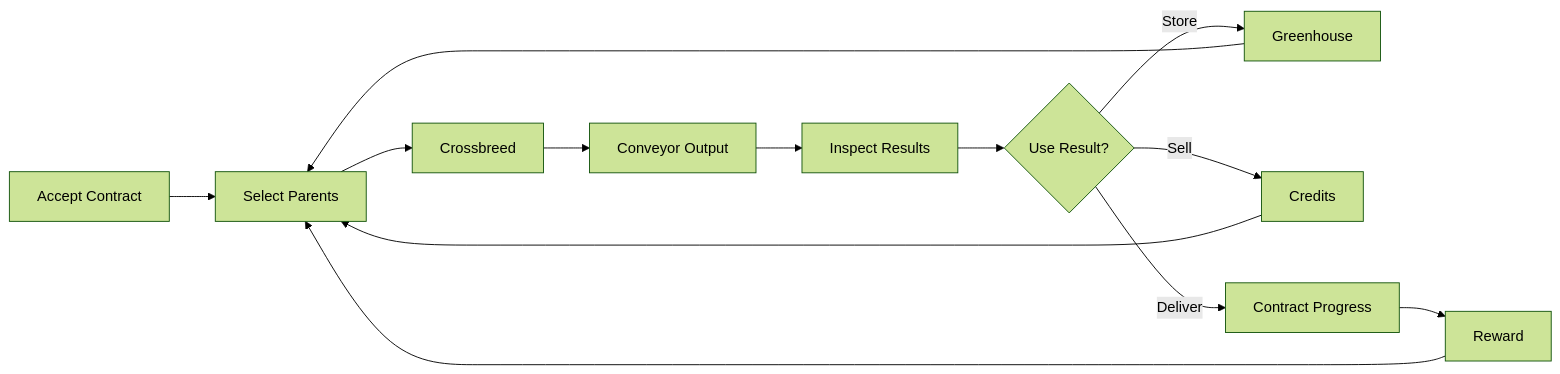
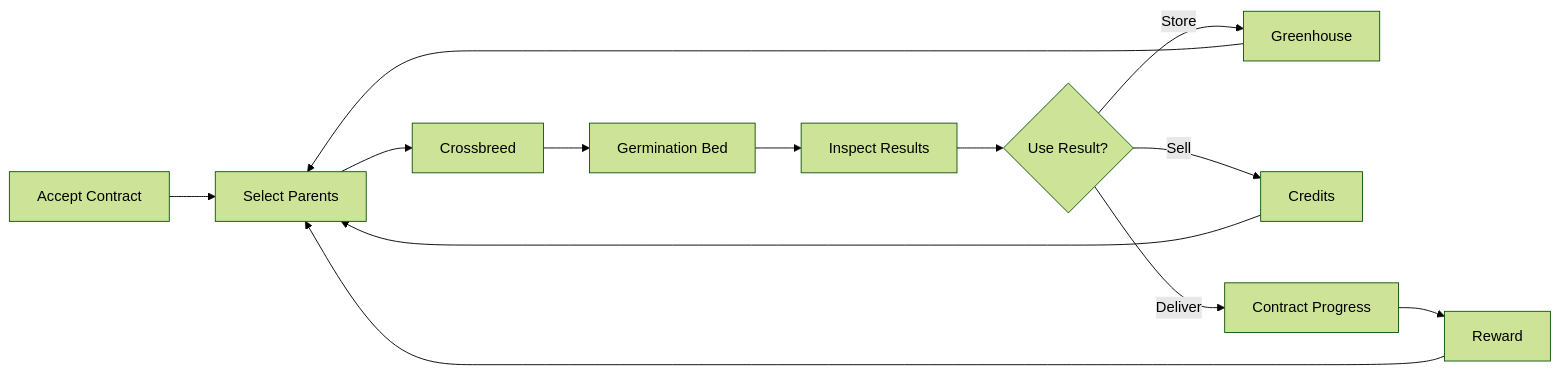
The second of 2 diagrams in specs/ui/navigation-flow.md (LucasCodo/Mendel-s-Greenhouse), drawn with Mermaid (forest theme) before and after one commit. The commit also changed other lines of this file and 16 other files, not shown here.

First line of the commit message:
docs(specs): Specify germination bed flow

````diff
--- a/specs/ui/navigation-flow.md
+++ b/specs/ui/navigation-flow.md
@@ -66,15 +66,15 @@
 ```mermaid
 flowchart LR
     A["Accept Contract"] --> B["Select Parents"]
     B --> C["Crossbreed"]
-    C --> D["Conveyor Output"]
+    C --> D["Germination Bed"]
     D --> E["Inspect Results"]
     E --> F{"Use Result?"}
     F -->|Store| G["Greenhouse"]
     F -->|Sell| H["Credits"]
     F -->|Deliver| I["Contract Progress"]
     I --> J["Reward"]
     G --> B
     H --> B
     J --> B
 ```
````
